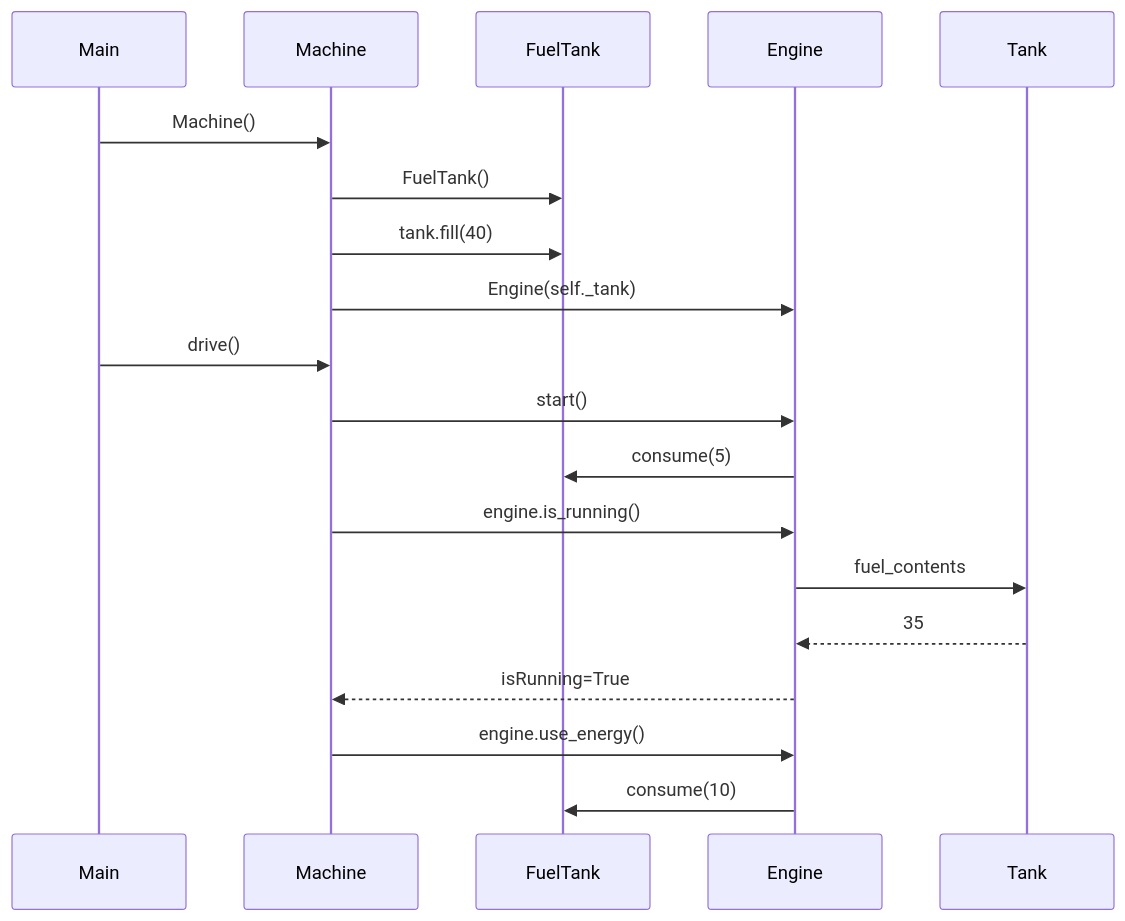
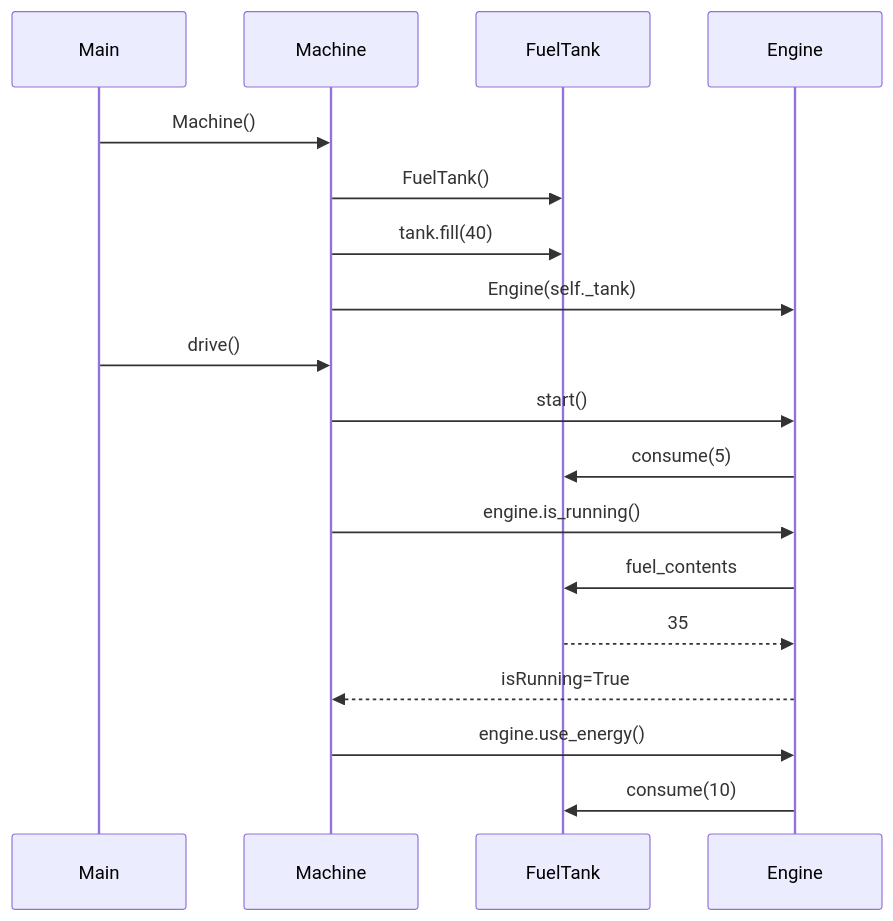
Before and after one commit to Piketulus/SudokuTrainer: the diagram in laskarit/viikko3/tehtava3.md, drawn with Mermaid.

````diff
--- a/laskarit/viikko3/tehtava3.md
+++ b/laskarit/viikko3/tehtava3.md
@@ -1,17 +1,17 @@
 ```mermaid
     sequenceDiagram
         Main->>Machine: Machine()
         Machine->>FuelTank: FuelTank()
         Machine->>FuelTank: tank.fill(40)
         Machine->>Engine: Engine(self._tank)
         Main->>Machine: drive()
         Machine->>Engine: start()
         Engine->>FuelTank: consume(5)
         Machine->>Engine: engine.is_running()
-        Engine->>Tank: fuel_contents
-        Tank-->>Engine: 35
+        Engine->>FuelTank: fuel_contents
+        FuelTank-->>Engine: 35
         Engine-->>Machine: isRunning=True
         Machine->>Engine: engine.use_energy()
         Engine->>FuelTank: consume(10)
         
 ```
````
